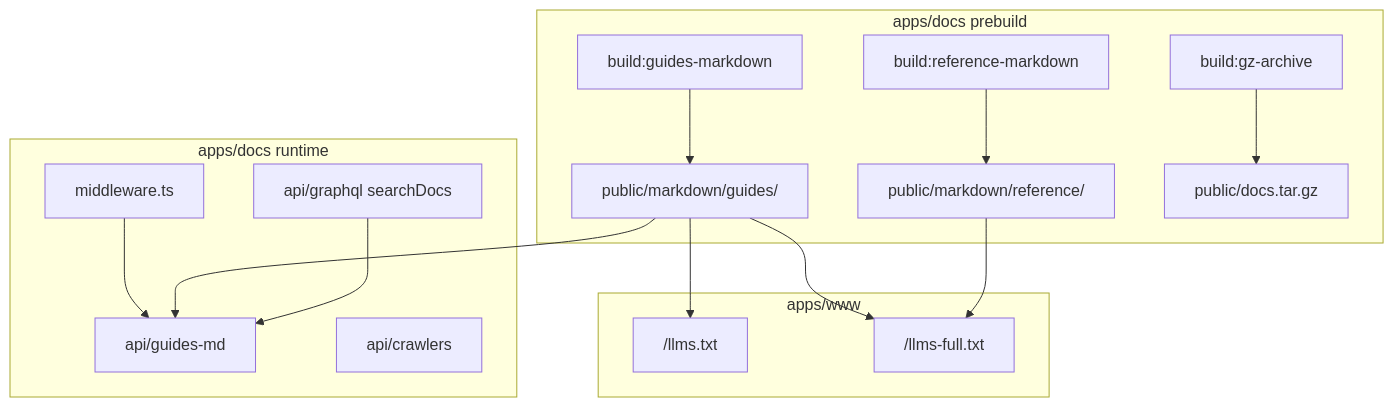
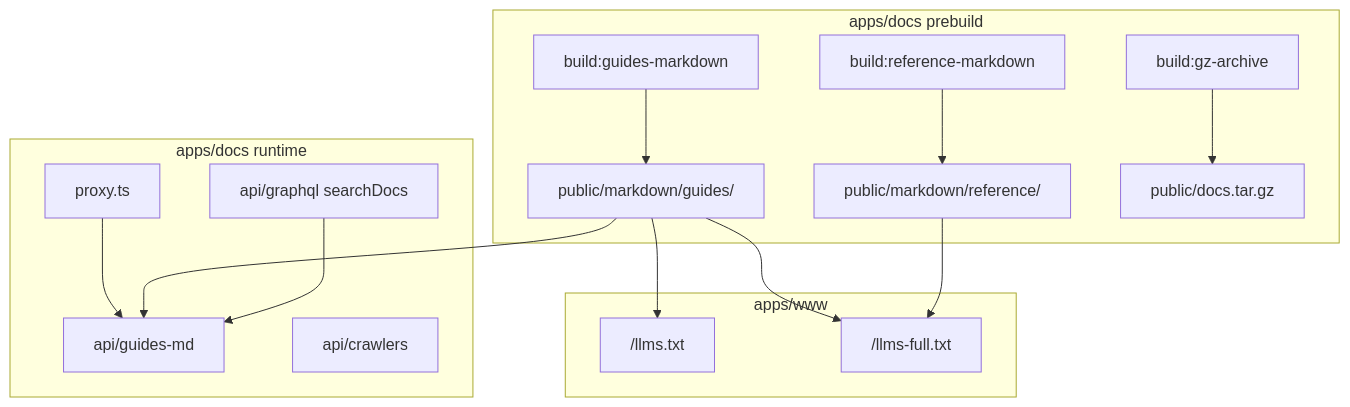
Before and after one commit to supabase/supabase: the first of 2 diagrams in .agents/skills/ask-the-docs/reference/llm-agent-surface.md, drawn with Mermaid. The commit also changed other lines of this file and 1 other file, not shown here.

Commit message:
docs: point architecture notes at Next.js proxies

````diff
--- a/.agents/skills/ask-the-docs/reference/llm-agent-surface.md
+++ b/.agents/skills/ask-the-docs/reference/llm-agent-surface.md
@@ -38,30 +38,30 @@
 ```mermaid
 flowchart TB
   subgraph docsApp ["apps/docs prebuild"]
     GM["build:guides-markdown"]
     RM["build:reference-markdown"]
     GZ["build:gz-archive"]
     GM --> outGuides["public/markdown/guides/"]
     RM --> outRef["public/markdown/reference/"]
     GZ --> tarball["public/docs.tar.gz"]
   end
 
   subgraph docsServe ["apps/docs runtime"]
-    mw["middleware.ts"]
+    mw["proxy.ts"]
     guidesMd["api/guides-md"]
     crawlers["api/crawlers"]
     gql["api/graphql searchDocs"]
     mw --> guidesMd
   end
 
   subgraph wwwApp ["apps/www"]
     llmsTxt["/llms.txt"]
     llmsFull["/llms-full.txt"]
   end
 
   outGuides --> guidesMd
   outGuides --> llmsFull
   outRef --> llmsFull
   outGuides --> llmsTxt
   gql --> guidesMd
 ```
````
